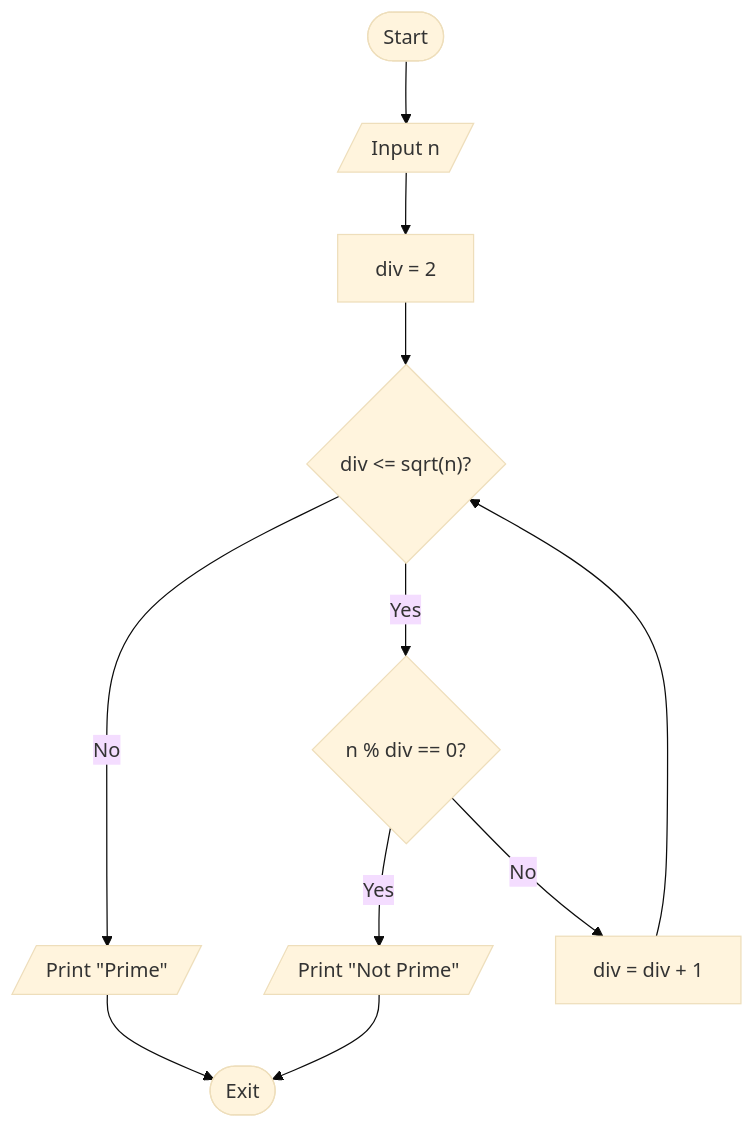
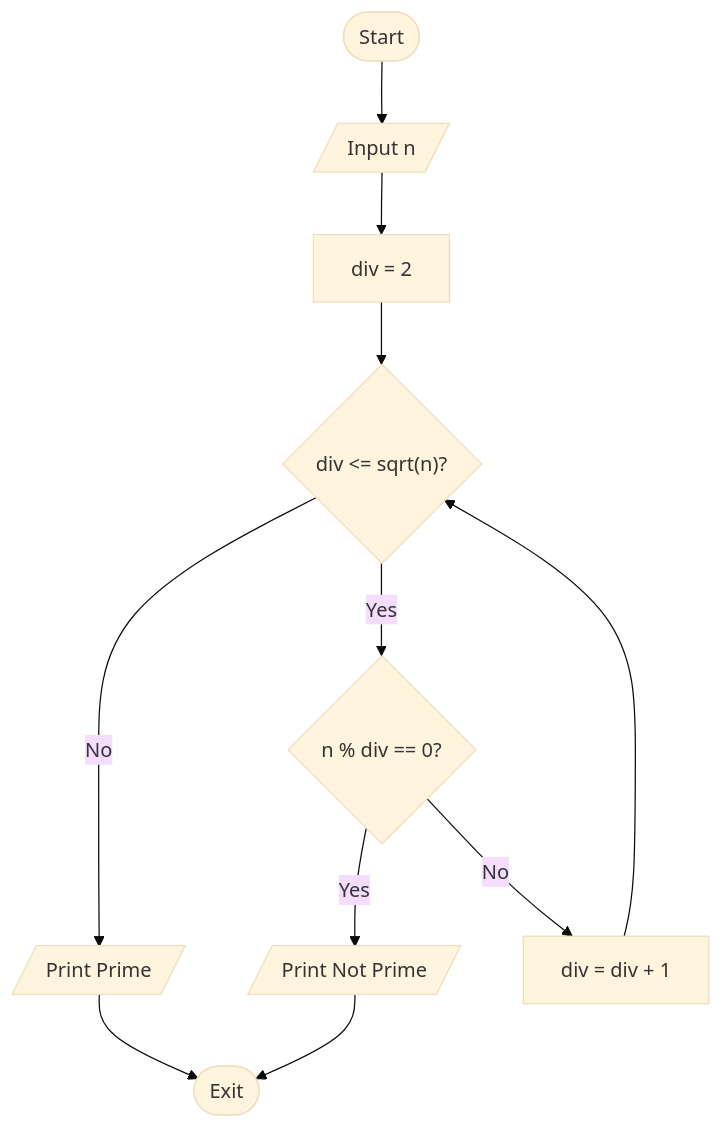
One commit to shainsethi/dsa-java changed the fifth of 6 diagrams in FlowCharts/FLOWCHART.md. Above: the diagram before and after it, drawn with Mermaid (base theme). The commit also changed other lines of this file and 1 other file, not shown here.

Commit message:
fix: exhaustively quote all mermaid labels with special characters

````diff
--- a/FlowCharts/FLOWCHART.md
+++ b/FlowCharts/FLOWCHART.md
@@ -188,17 +188,17 @@
 ```mermaid
 flowchart TD
-    Start([Start]) --> Input[/Input n/]
-    Input --> Init[div = 2]
+    Start([Start]) --> Input[/"Input n"/]
+    Input --> Init["div = 2"]
     Init --> LoopCheck{"div <= sqrt(n)?"}
     
-    LoopCheck -- Yes --> DivCheck{n % div == 0?}
-    LoopCheck -- No --> PrintPrime[/Print "Prime"/]
+    LoopCheck -- Yes --> DivCheck{"n % div == 0?"}
+    LoopCheck -- No --> PrintPrime[/"Print Prime"/]
     
-    DivCheck -- Yes --> PrintNotPrime[/Print "Not Prime"/]
-    DivCheck -- No --> Increment[div = div + 1]
+    DivCheck -- Yes --> PrintNotPrime[/"Print Not Prime"/]
+    DivCheck -- No --> Increment["div = div + 1"]
     
     Increment --> LoopCheck
     
     PrintPrime --> End([Exit])
     PrintNotPrime --> End
 ```
````
